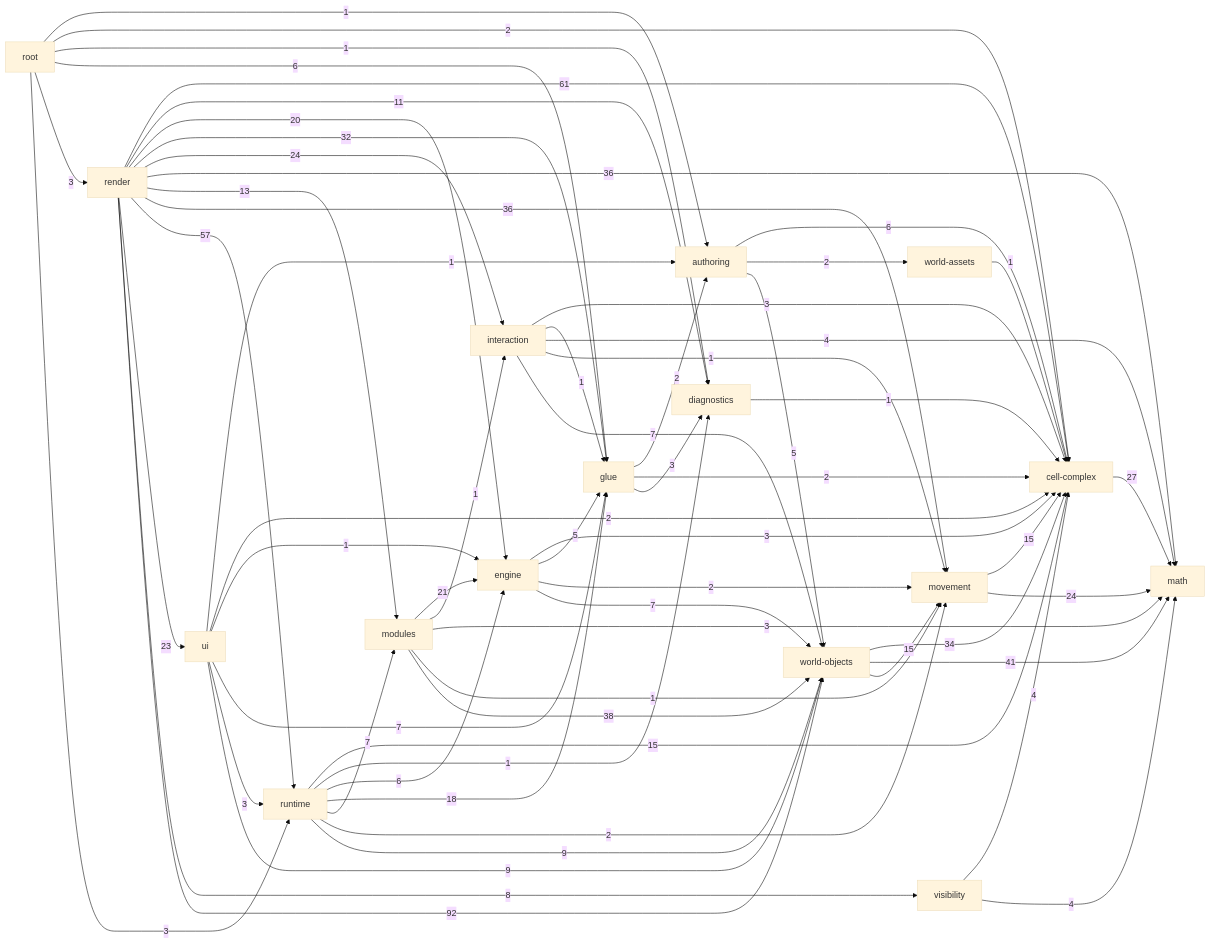
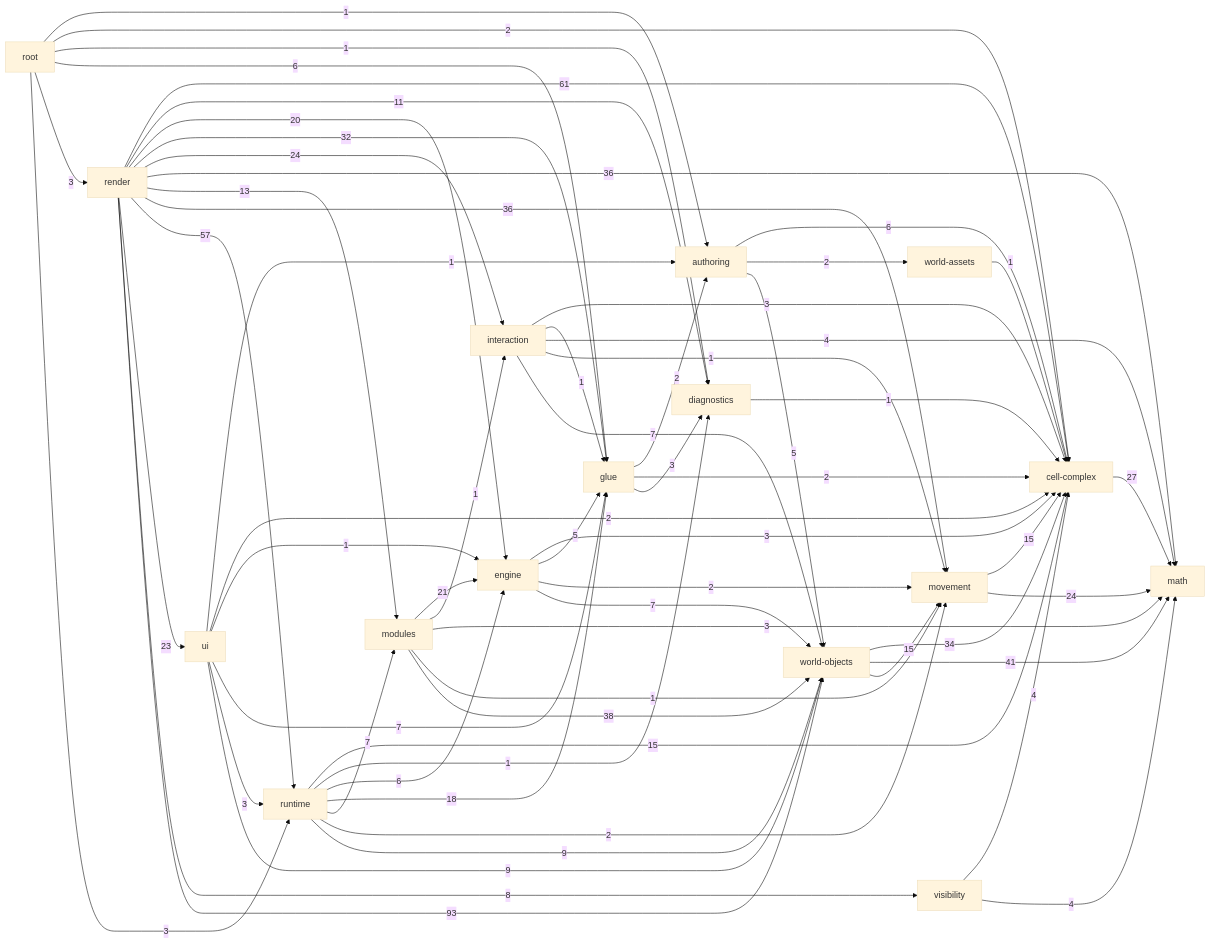
The diagram in _docs/generated/ARCHITECTURE_REFERENCE.md (guraltsev/noneuclid-fpv), drawn with Mermaid (base theme) before and after one commit. The commit also changed other lines of this file and 21 other files, not shown here.

````diff
--- a/_docs/generated/ARCHITECTURE_REFERENCE.md
+++ b/_docs/generated/ARCHITECTURE_REFERENCE.md
@@ -37,80 +37,80 @@
 ```mermaid
 flowchart LR
   math["math"]
   cell_complex["cell-complex"]
   diagnostics["diagnostics"]
   visibility["visibility"]
   movement["movement"]
   world_assets["world-assets"]
   world_objects["world-objects"]
   authoring["authoring"]
   glue["glue"]
   interaction["interaction"]
   engine["engine"]
   modules["modules"]
   runtime["runtime"]
   ui["ui"]
   render["render"]
   root["root"]
   authoring -->|6| cell_complex
   authoring -->|2| world_assets
   authoring -->|5| world_objects
   cell_complex -->|27| math
   diagnostics -->|1| cell_complex
   engine -->|3| cell_complex
   engine -->|5| glue
   engine -->|2| movement
   engine -->|7| world_objects
   glue -->|2| authoring
   glue -->|2| cell_complex
   glue -->|3| diagnostics
   interaction -->|3| cell_complex
   interaction -->|1| glue
   interaction -->|4| math
   interaction -->|1| movement
   interaction -->|7| world_objects
   modules -->|21| engine
   modules -->|1| interaction
   modules -->|3| math
   modules -->|1| movement
   modules -->|38| world_objects
   movement -->|15| cell_complex
   movement -->|24| math
   render -->|61| cell_complex
   render -->|11| diagnostics
   render -->|20| engine
   render -->|32| glue
   render -->|24| interaction
   render -->|36| math
   render -->|13| modules
   render -->|36| movement
   render -->|57| runtime
   render -->|23| ui
   render -->|8| visibility
-  render -->|92| world_objects
+  render -->|93| world_objects
   root -->|1| authoring
   root -->|2| cell_complex
   root -->|1| diagnostics
   root -->|6| glue
   root -->|3| render
   root -->|3| runtime
   runtime -->|15| cell_complex
   runtime -->|1| diagnostics
   runtime -->|6| engine
   runtime -->|18| glue
   runtime -->|7| modules
   runtime -->|2| movement
   runtime -->|9| world_objects
   ui -->|1| authoring
   ui -->|2| cell_complex
   ui -->|1| engine
   ui -->|7| glue
   ui -->|3| runtime
   ui -->|9| world_objects
   visibility -->|4| cell_complex
   visibility -->|4| math
   world_assets -->|1| cell_complex
   world_objects -->|34| cell_complex
   world_objects -->|41| math
   world_objects -->|15| movement
 ```
````
